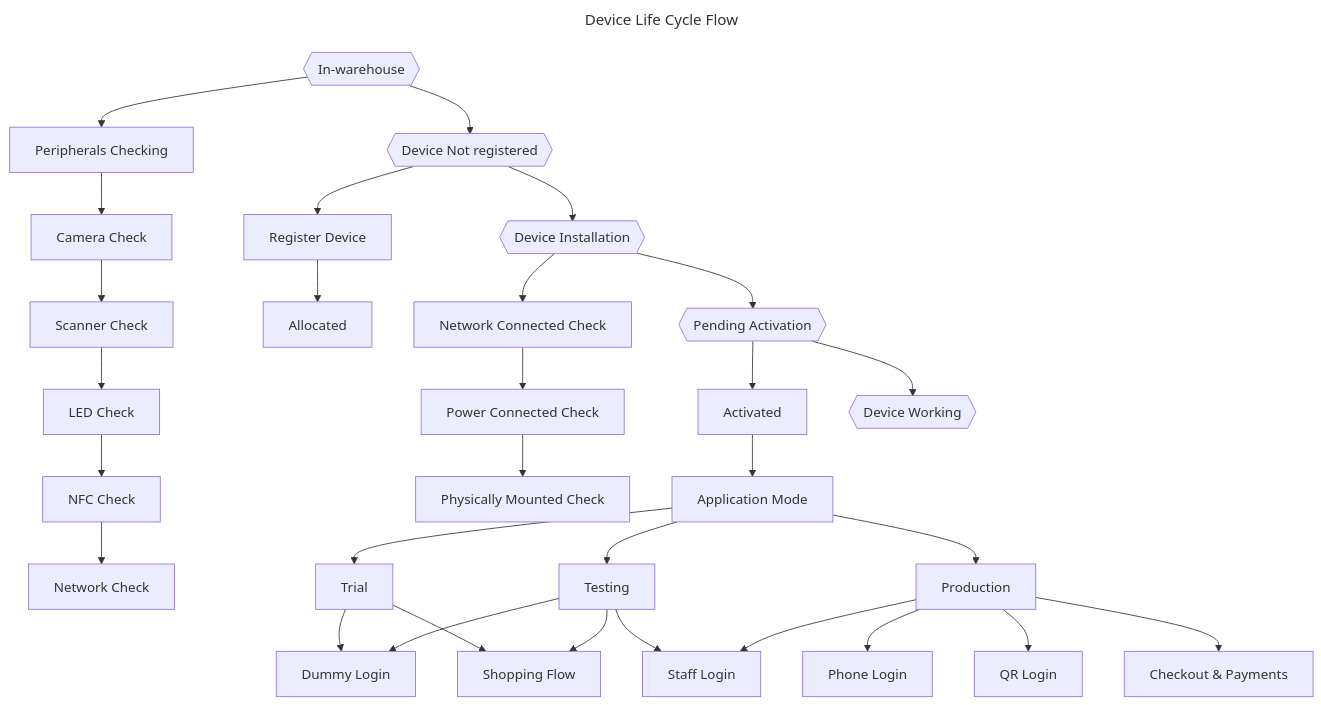
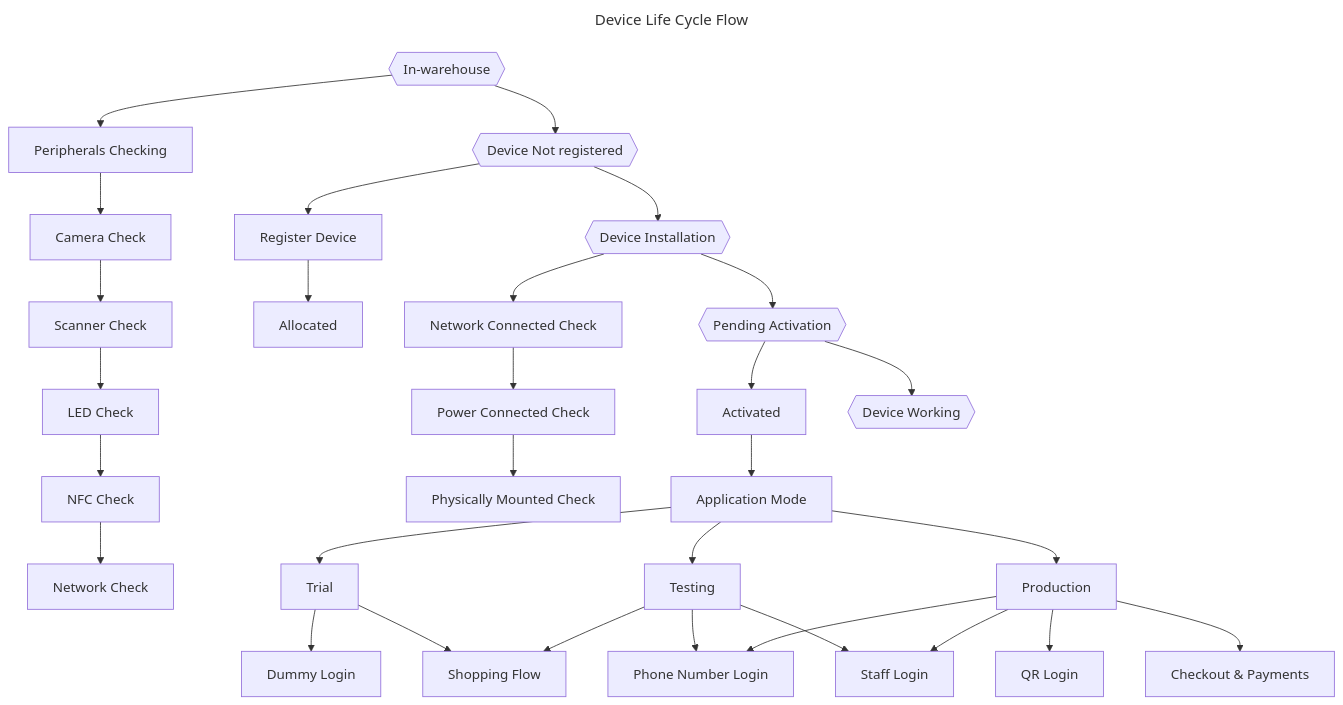
Before and after one commit to Ayush750502/PrologicTechnologies2025: the diagram in SkipQ/TO-DO 18-May-2026/README.MD, drawn with Mermaid.

Commit message:
refinning

````diff
--- a/SkipQ/TO-DO 18-May-2026/README.MD
+++ b/SkipQ/TO-DO 18-May-2026/README.MD
@@ -7,72 +7,72 @@
 ```mermaid
 ---
 title: Device Life Cycle Flow
 ---
 flowchart TD
 	A{{In-warehouse}}
 	A1[Peripherals Checking]
 	A2[Camera Check]
 	A3[Scanner Check]
 	A4[LED Check]
 	A5[NFC Check]
 	A6[Network Check]
 
 	B{{Device Not registered}}
 	B1[Register Device]
 	B2[Allocated]
 
 	C{{Device Installation}}
 	C1[Network Connected Check]
 	C2[Power Connected Check]
 	C3[Physically Mounted Check]
 
 	D{{Pending Activation}}
 	D1[Activated]
 	D2[Application Mode]
 	D21[Trial]
 	D211[Dummy Login]
 	D212[Shopping Flow]
 	D22[Testing]
 	D221[Staff Login]
 	D23[Production]
-	D231[Phone Login]
+	D231[Phone Number Login]
 	D232[QR Login]
 	D233[Checkout & Payments]
 
 	E{{Device Working}}
 
 	A --> B --> C --> D --> E
 
 	A --> A1 --> A2 --> A3 --> A4 --> A5 --> A6
 
 	B --> B1 --> B2
 
 	C --> C1 --> C2 --> C3
 
 	D --> D1 --> D2
 
 	D2 --> D21 
 
 	D2 --> D22
 
 	D2 --> D23
 
 	D21 --> D211
 
 	D21 --> D212
 
-	D22 --> D211
+	D22 --> D231
 
 	D22 --> D212
 
 	D22 --> D221
 
 	D23 --> D231
 
 	D23 --> D232
 
 	D23 --> D221
 
 	D23 --> D233
 
 ```
````
